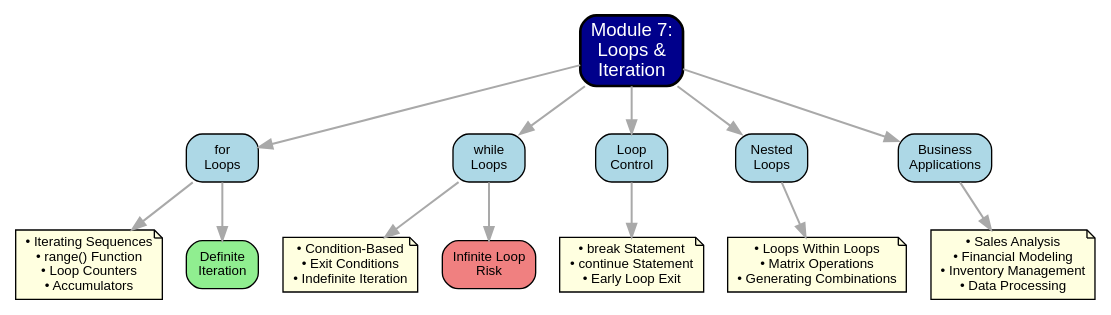
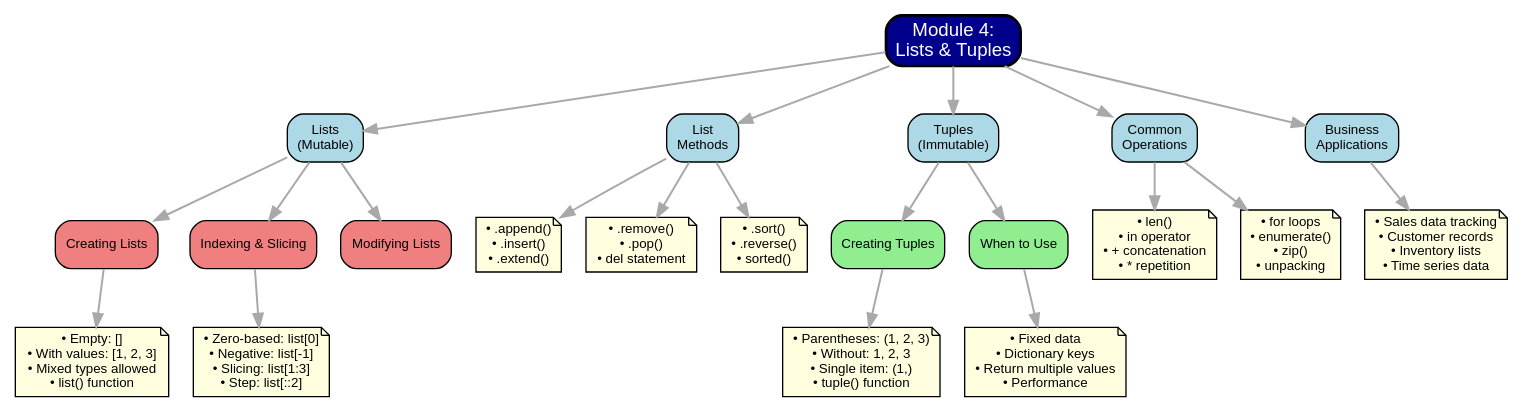
One commit to prof-tcsmith/muma-intro-python changed the diagram in images/mindmaps/module07-mindmap.dot. Above: the diagram before and after it, drawn with Graphviz. The commit also changed 32 other files, not shown here.

```diff
--- a/images/mindmaps/module07-mindmap.dot
+++ b/images/mindmaps/module07-mindmap.dot
@@ -1,40 +1,58 @@
-digraph Module7_MindMap {
+digraph Module4_MindMap {
     rankdir=TB;
     node [shape=box, style="rounded,filled", fillcolor=lightblue, fontname="Arial", fontsize=10];
     edge [color=darkgray, penwidth=1.5];
     
     // Central node
-    central [label="Module 7:\nLoops &\nIteration", fillcolor=darkblue, fontcolor=white, fontsize=14, penwidth=2];
+    central [label="Module 4:\nLists & Tuples", fillcolor=darkblue, fontcolor=white, fontsize=14, penwidth=2];
     
     // Main branches
-    for_loops [label="for\nLoops", fillcolor=lightblue];
-    while_loops [label="while\nLoops", fillcolor=lightblue];
-    loop_control [label="Loop\nControl", fillcolor=lightblue];
-    nested_loops [label="Nested\nLoops", fillcolor=lightblue];
+    lists [label="Lists\n(Mutable)", fillcolor=lightblue];
+    list_methods [label="List\nMethods", fillcolor=lightblue];
+    tuples [label="Tuples\n(Immutable)", fillcolor=lightblue];
+    operations [label="Common\nOperations", fillcolor=lightblue];
     applications [label="Business\nApplications", fillcolor=lightblue];
     
-    // Sub-branches for for Loops
-    for_concepts [label="• Iterating Sequences\n• range() Function\n• Loop Counters\n• Accumulators", shape=note, fillcolor=lightyellow];
-    definite [label="Definite\nIteration", fillcolor=lightgreen];
+    // Sub-branches for Lists
+    creating [label="Creating Lists", fillcolor=lightcoral];
+    indexing [label="Indexing & Slicing", fillcolor=lightcoral];
+    mutability [label="Modifying Lists", fillcolor=lightcoral];
     
-    // Sub-branches for while Loops
-    while_concepts [label="• Condition-Based\n• Exit Conditions\n• Indefinite Iteration", shape=note, fillcolor=lightyellow];
-    infinite_risk [label="Infinite Loop\nRisk", fillcolor=lightcoral];
+    // Creating details
+    create_details [label="• Empty: []\n• With values: [1, 2, 3]\n• Mixed types allowed\n• list() function", shape=note, fillcolor=lightyellow];
     
-    // Sub-branches for Loop Control
-    control_statements [label="• break Statement\n• continue Statement\n• Early Loop Exit", shape=note, fillcolor=lightyellow];
+    // Indexing details
+    index_details [label="• Zero-based: list[0]\n• Negative: list[-1]\n• Slicing: list[1:3]\n• Step: list[::2]", shape=note, fillcolor=lightyellow];
     
-    // Sub-branches for Nested Loops
-    nested_concepts [label="• Loops Within Loops\n• Matrix Operations\n• Generating Combinations", shape=note, fillcolor=lightyellow];
+    // Sub-branches for List Methods
+    add_methods [label="• .append()\n• .insert()\n• .extend()", shape=note, fillcolor=lightyellow];
+    remove_methods [label="• .remove()\n• .pop()\n• del statement", shape=note, fillcolor=lightyellow];
+    order_methods [label="• .sort()\n• .reverse()\n• sorted()", shape=note, fillcolor=lightyellow];
     
-    // Sub-branches for Business Applications
-    app_examples [label="• Sales Analysis\n• Financial Modeling\n• Inventory Management\n• Data Processing", shape=note, fillcolor=lightyellow];
+    // Sub-branches for Tuples
+    tuple_create [label="Creating Tuples", fillcolor=lightgreen];
+    tuple_use [label="When to Use", fillcolor=lightgreen];
+    
+    // Tuple details
+    tuple_details [label="• Parentheses: (1, 2, 3)\n• Without: 1, 2, 3\n• Single item: (1,)\n• tuple() function", shape=note, fillcolor=lightyellow];
+    tuple_when [label="• Fixed data\n• Dictionary keys\n• Return multiple values\n• Performance", shape=note, fillcolor=lightyellow];
+    
+    // Sub-branches for Operations
+    common_ops [label="• len()\n• in operator\n• + concatenation\n• * repetition", shape=note, fillcolor=lightyellow];
+    iteration [label="• for loops\n• enumerate()\n• zip()\n• unpacking", shape=note, fillcolor=lightyellow];
+    
+    // Sub-branches for Applications
+    use_cases [label="• Sales data tracking\n• Customer records\n• Inventory lists\n• Time series data", shape=note, fillcolor=lightyellow];
     
     // Connections
-    central -> {for_loops while_loops loop_control nested_loops applications};
-    for_loops -> {for_concepts definite};
-    while_loops -> {while_concepts infinite_risk};
-    loop_control -> control_statements;
-    nested_loops -> nested_concepts;
-    applications -> app_examples;
+    central -> {lists list_methods tuples operations applications};
+    lists -> {creating indexing mutability};
+    creating -> create_details;
+    indexing -> index_details;
+    list_methods -> {add_methods remove_methods order_methods};
+    tuples -> {tuple_create tuple_use};
+    tuple_create -> tuple_details;
+    tuple_use -> tuple_when;
+    operations -> {common_ops iteration};
+    applications -> use_cases;
 }
```
